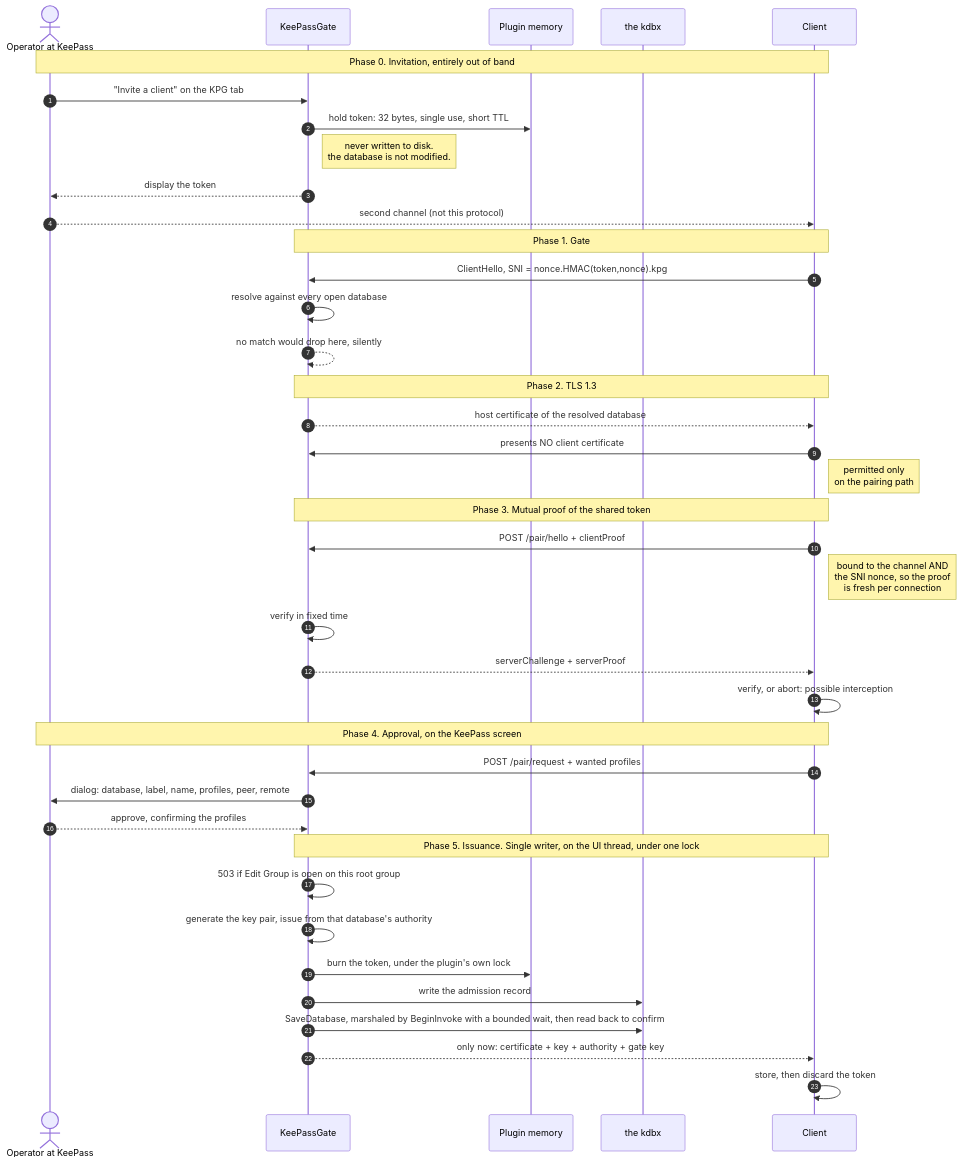
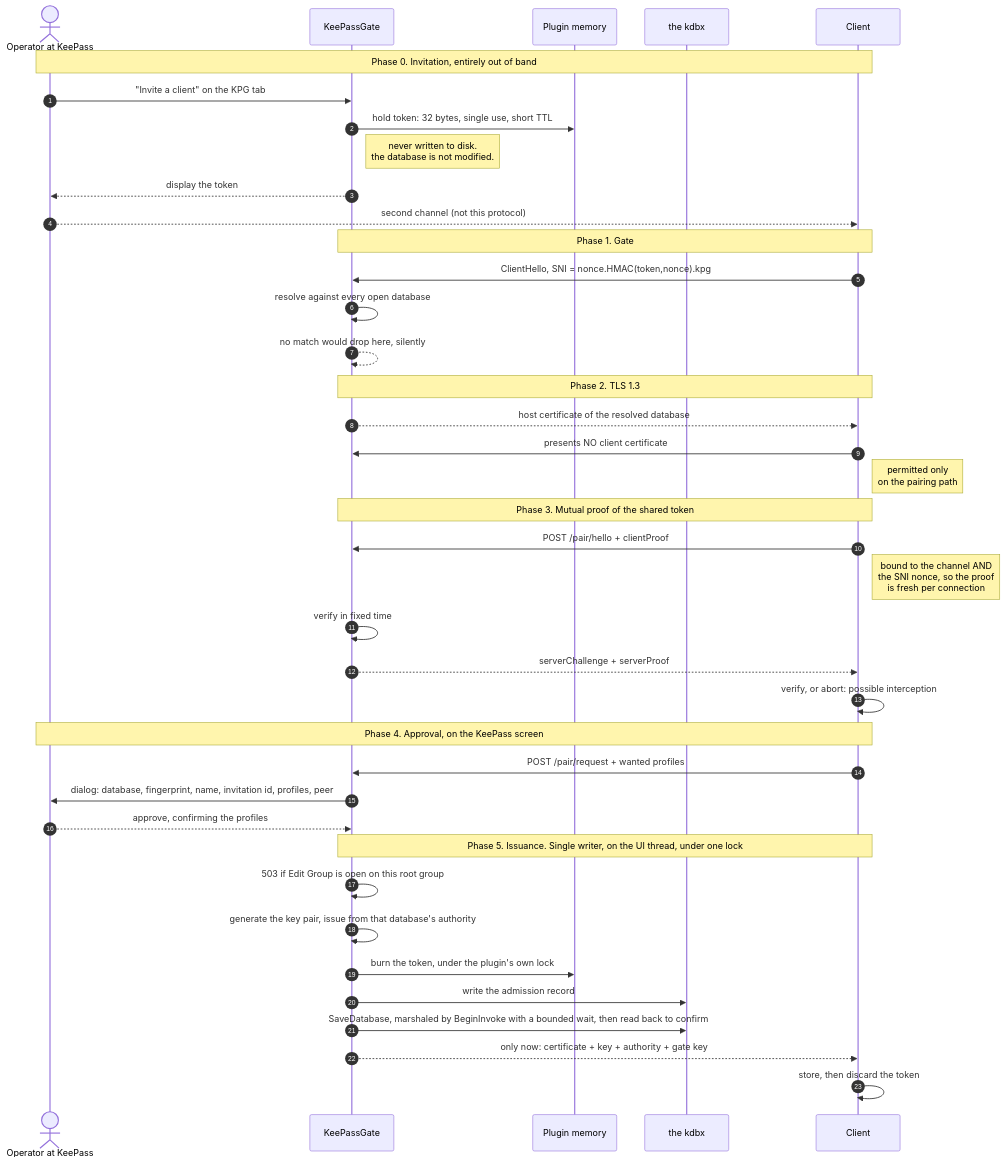
The second of 5 diagrams in PAIRING.md (mfrnd/KeePassGate), drawn with Mermaid before and after one commit. The commit also changed 24 other files, not shown here.

````diff
--- a/PAIRING.md
+++ b/PAIRING.md
@@ -71,47 +71,47 @@
 ```mermaid
 sequenceDiagram
     autonumber
     actor OP as Operator at KeePass
     participant KPG as KeePassGate
     participant MEM as Plugin memory
     participant DB as the kdbx
     participant CL as Client
 
     Note over OP,CL: Phase 0. Invitation, entirely out of band
     OP->>KPG: "Invite a client" on the KPG tab
     KPG->>MEM: hold token: 32 bytes, single use, short TTL
     Note right of KPG: never written to disk.<br/>the database is not modified.
     KPG-->>OP: display the token
     OP-->>CL: second channel (not this protocol)
 
     Note over KPG,CL: Phase 1. Gate
     CL->>KPG: ClientHello, SNI = nonce.HMAC(token,nonce).kpg
     KPG->>KPG: resolve against every open database
     KPG-->>KPG: no match would drop here, silently
 
     Note over KPG,CL: Phase 2. TLS 1.3
     KPG-->>CL: host certificate of the resolved database
     CL->>KPG: presents NO client certificate
     Note right of CL: permitted only<br/>on the pairing path
 
     Note over KPG,CL: Phase 3. Mutual proof of the shared token
     CL->>KPG: POST /pair/hello + clientProof
     Note right of CL: bound to the channel AND<br/>the SNI nonce, so the proof<br/>is fresh per connection
     KPG->>KPG: verify in fixed time
     KPG-->>CL: serverChallenge + serverProof
     CL->>CL: verify, or abort: possible interception
 
     Note over OP,CL: Phase 4. Approval, on the KeePass screen
     CL->>KPG: POST /pair/request + wanted profiles
-    KPG->>OP: dialog: database, label, name, profiles, peer, remote
+    KPG->>OP: dialog: database, fingerprint, name, invitation id, profiles, peer
     OP-->>KPG: approve, confirming the profiles
 
     Note over KPG,CL: Phase 5. Issuance. Single writer, on the UI thread, under one lock
     KPG->>KPG: 503 if Edit Group is open on this root group
     KPG->>KPG: generate the key pair, issue from that database's authority
     KPG->>MEM: burn the token, under the plugin's own lock
     KPG->>DB: write the admission record
     KPG->>DB: SaveDatabase, marshaled by BeginInvoke with a bounded wait, then read back to confirm
     KPG-->>CL: only now: certificate + key + authority + gate key
     CL->>CL: store, then discard the token
 ```
````
